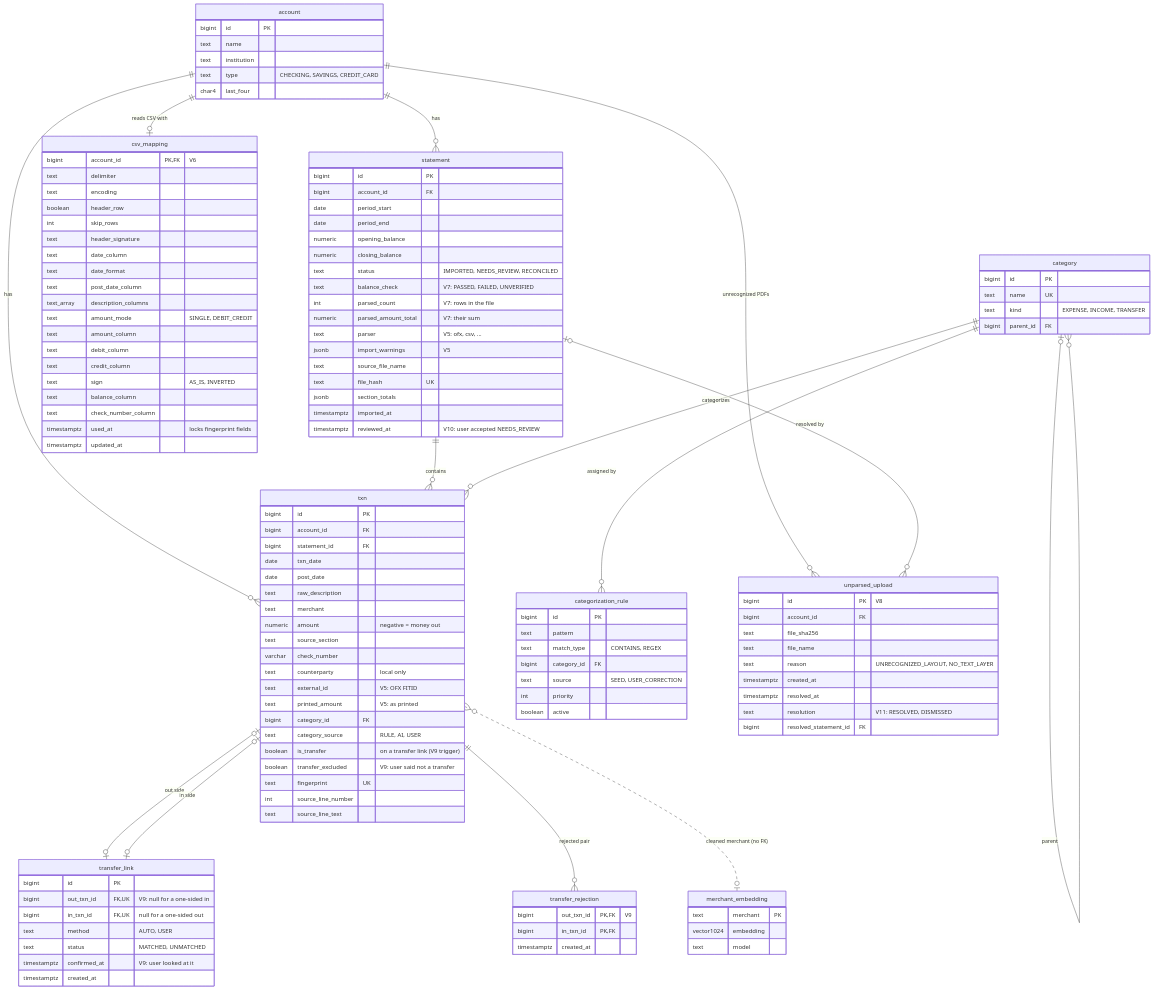
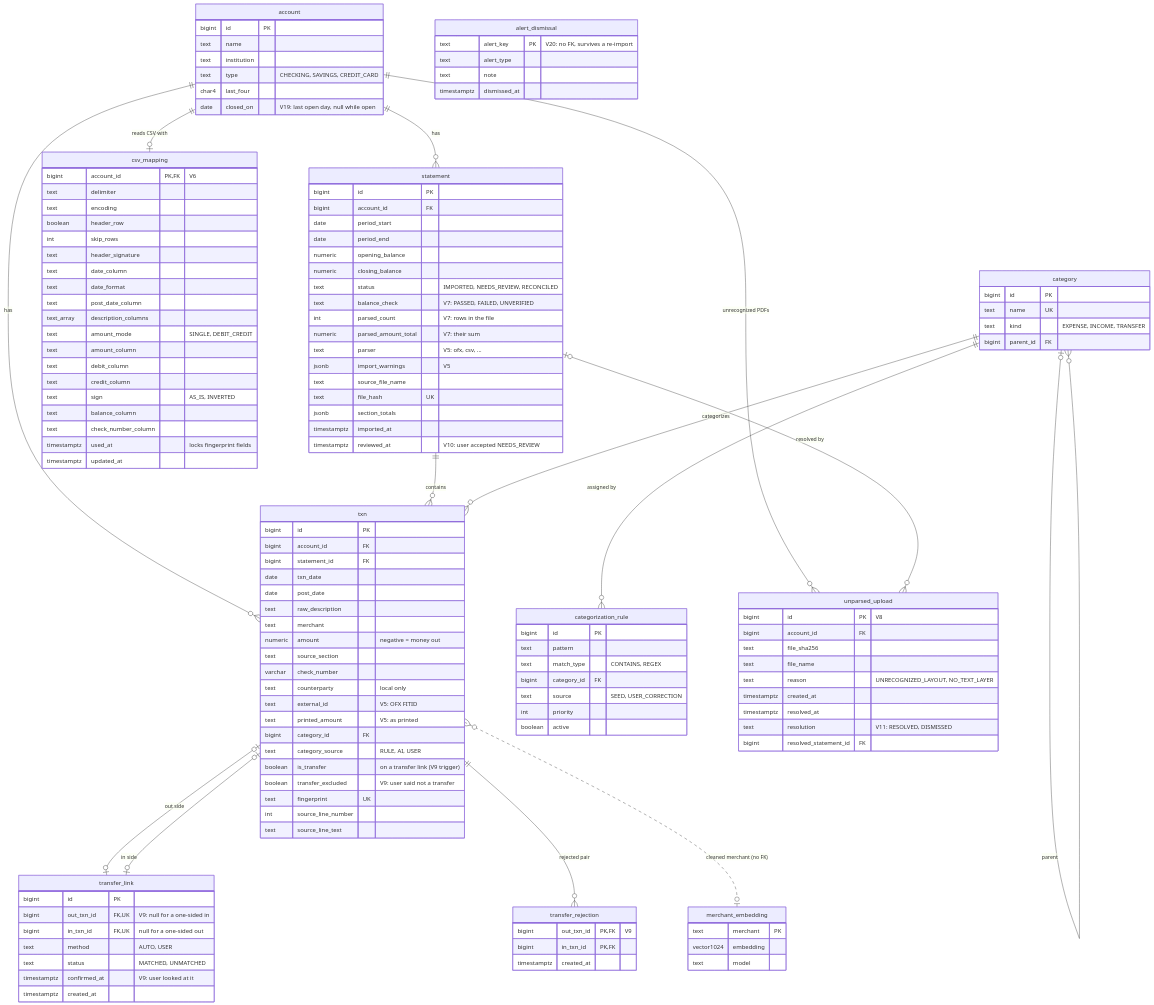
Before and after one commit to atgiorgis/finalysis: the first of 2 diagrams in README.md, drawn with Mermaid. The commit also changed other lines of this file and 6 other files, not shown here.

````diff
--- a/README.md
+++ b/README.md
@@ -153,6 +161,7 @@
         text institution
         text type "CHECKING, SAVINGS, CREDIT_CARD"
         char4 last_four
+        date closed_on "V19: last open day, null while open"
     }
     statement {
         bigint id PK
@@ -261,4 +270,10 @@
         vector1024 embedding
         text model
     }
+    alert_dismissal {
+        text alert_key PK "V20: no FK, survives a re-import"
+        text alert_type
+        text note
+        timestamptz dismissed_at
+    }
 ```
````
